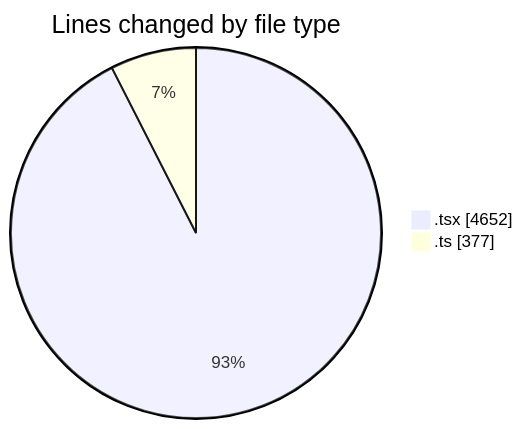
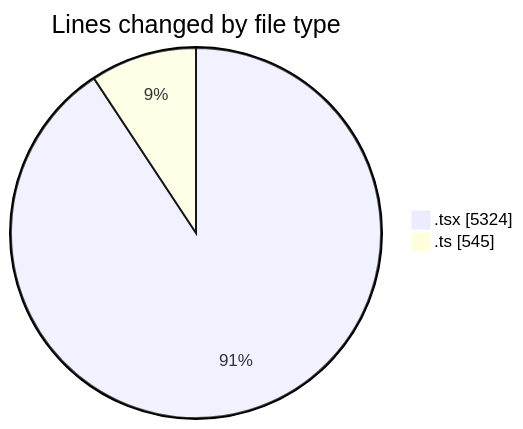
Before and after one commit to nxtqubesakshisongat/code-tracking: the first of 2 diagrams in 2026-03-15/nxtqube_webapp/README.md, drawn with Mermaid. The commit also changed other lines of this file and 1 other file, not shown here.

````diff
--- a/2026-03-15/nxtqube_webapp/README.md
+++ b/2026-03-15/nxtqube_webapp/README.md
@@ -25,6 +32,6 @@
 ```mermaid
 pie showData
 title Lines changed by file type
-".tsx" : 4652
-".ts" : 377
+".tsx" : 5324
+".ts" : 545
 ```
````
